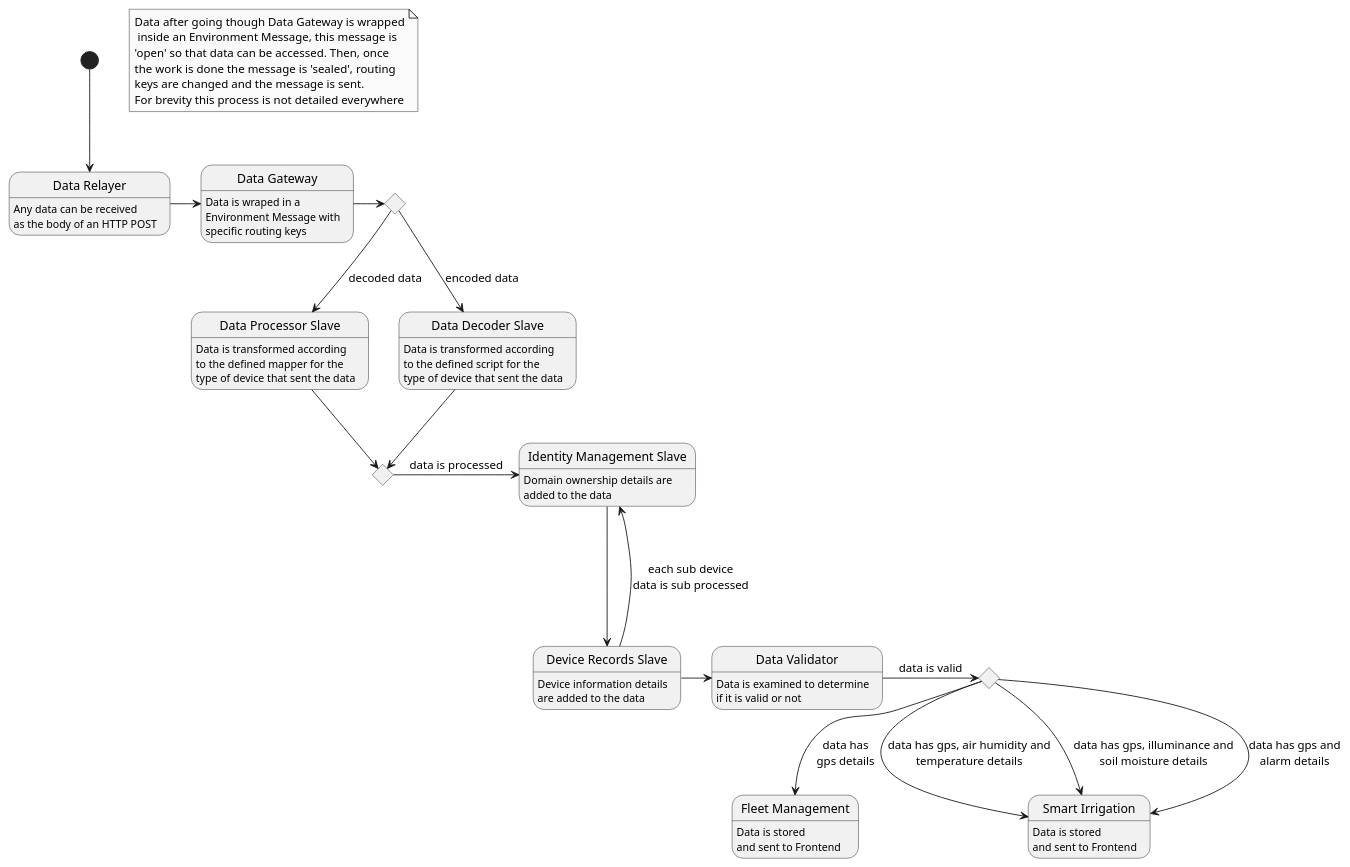
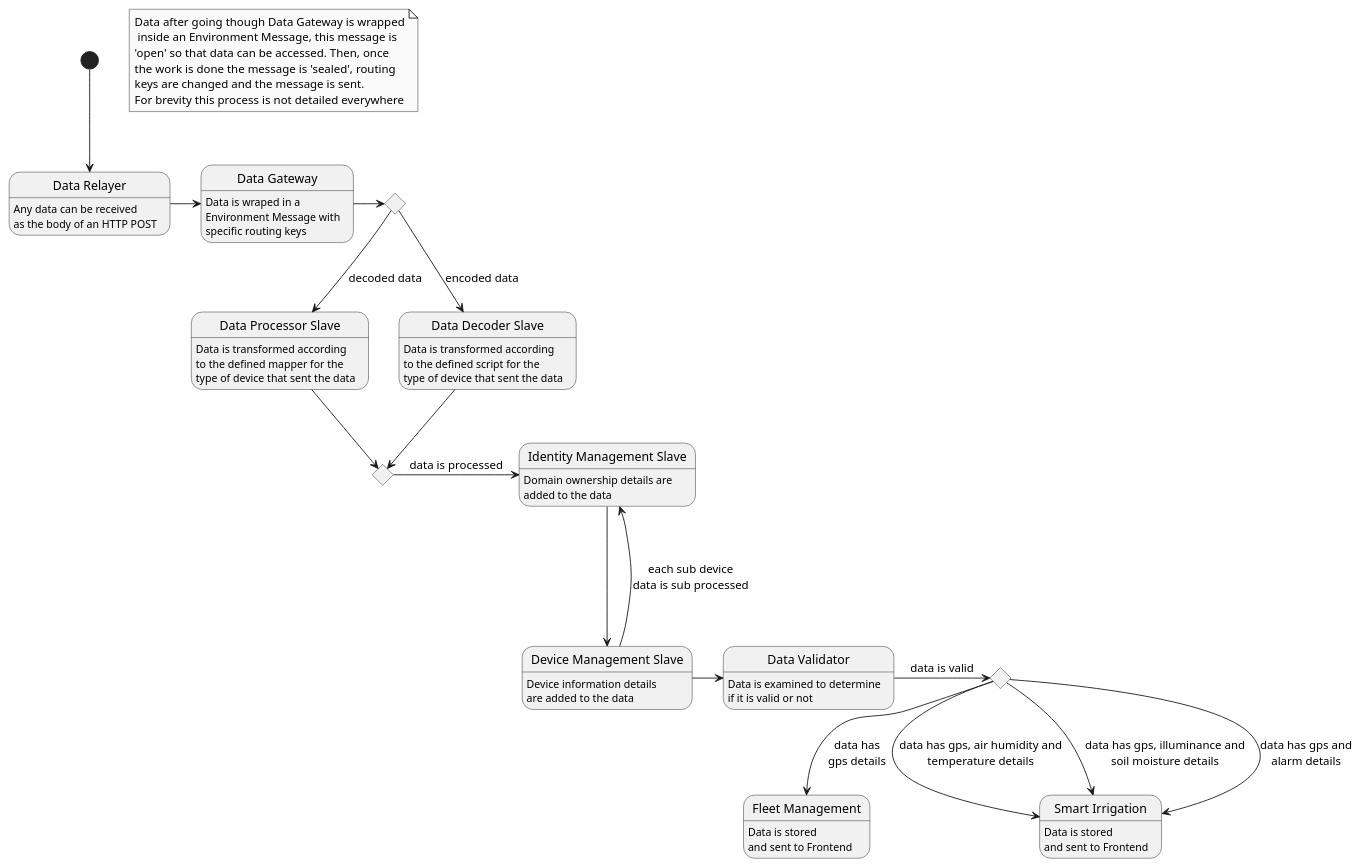
One commit to FilipeMCruz/sensae-console changed the diagram in docs/flow/diagrams/data-flow.pu. Above: the diagram before and after it, drawn with PlantUML. The commit also changed 5 other files, not shown here.

```diff
--- a/docs/flow/diagrams/data-flow.pu
+++ b/docs/flow/diagrams/data-flow.pu
@@ -1,74 +1,74 @@
 @startuml data-flow
 'left to right direction
 skinparam Monochrome true
 
 note "Data after going though Data Gateway is wrapped\n inside an Environment Message, this message is\n'open' so that data can be accessed. Then, once\nthe work is done the message is 'sealed', routing\nkeys are changed and the message is sent.\nFor brevity this process is not detailed everywhere" as N1
 
 state "Data Relayer" as DataRelayer
 state "Data Gateway" as DataGateway
 state decoded_or_encoded <<choice>>
 state "Data Processor Slave" as Processor
 state "Data Decoder Slave" as Decoder
 state is_processed <<choice>>
 state "Identity Management Slave" as Identity
 state "Data Validator" as Validator
-state "Device Records Slave" as Records
+state "Device Management Slave" as Records
 state has_gps <<choice>>
 state "Fleet Management" as Fleet
 state "Smart Irrigation" as Irrigation
 
 DataRelayer : Any data can be received
 DataRelayer : as the body of an HTTP POST
 
 DataGateway : Data is wraped in a
 DataGateway : Environment Message with
 DataGateway : specific routing keys
 
 Processor : Data is transformed according
 Processor : to the defined mapper for the
 Processor : type of device that sent the data
 
 Decoder : Data is transformed according
 Decoder : to the defined script for the
 Decoder : type of device that sent the data
 
 Identity : Domain ownership details are
 Identity : added to the data
 
 Validator : Data is examined to determine
 Validator : if it is valid or not
 
 Records : Device information details
 Records : are added to the data
 
 Fleet : Data is stored
 Fleet : and sent to Frontend
 
 Irrigation: Data is stored
 Irrigation: and sent to Frontend
 
 [*] --> DataRelayer
 DataRelayer -> DataGateway
 DataGateway -> decoded_or_encoded
 decoded_or_encoded --> Processor : decoded data
 decoded_or_encoded --> Decoder : encoded data
 Decoder --> is_processed
 Processor --> is_processed
 
 is_processed -> Identity : data is processed
 
 Validator -> has_gps : data is valid
 
 Identity -> Records
 
 Records -> Validator
 
 has_gps --> Fleet : data has\ngps details
 
 has_gps --> Irrigation : data has gps, air humidity and\ntemperature details
 has_gps --> Irrigation : data has gps, illuminance and\nsoil moisture details
 has_gps --> Irrigation : data has gps and\nalarm details
 
 Records ---> Identity : each sub device\ndata is sub processed
 
 @enduml
```
